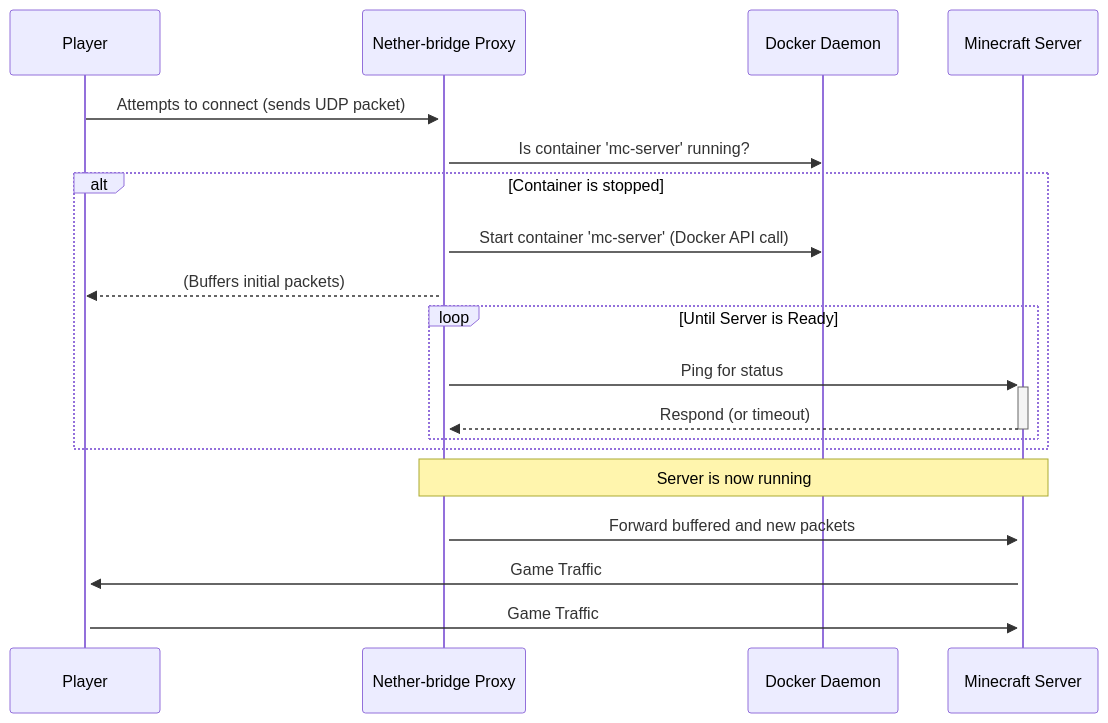
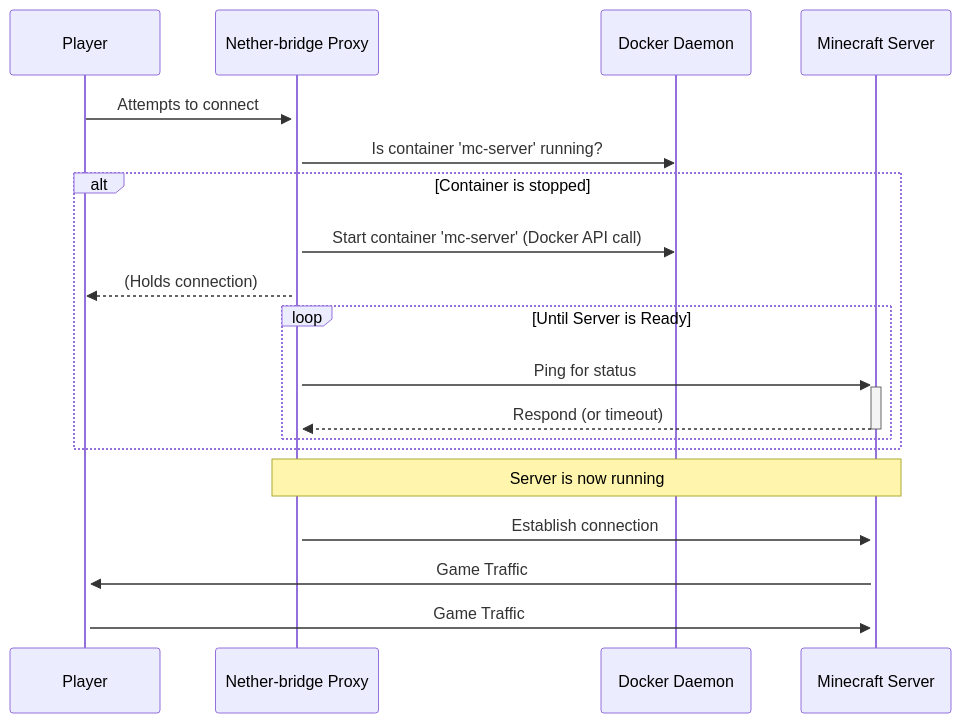
Before and after one commit to meek2100/mcbd-proxy: the diagram in README.md, drawn with Mermaid. The commit also changed other lines of this file and 1 other file, not shown here.

````diff
--- a/README.md
+++ b/README.md
@@ -32,22 +33,22 @@
 ```mermaid
 sequenceDiagram
     participant Player
     participant Nether-bridge Proxy
     participant Docker Daemon
     participant Minecraft Server
 
-    Player->>+Nether-bridge Proxy: Attempts to connect (sends UDP packet)
+    Player->>+Nether-bridge Proxy: Attempts to connect
     Nether-bridge Proxy->>Docker Daemon: Is container 'mc-server' running?
     alt Container is stopped
         Nether-bridge Proxy->>Docker Daemon: Start container 'mc-server' (Docker API call)
-        Nether-bridge Proxy-->>Player: (Buffers initial packets)
+        Nether-bridge Proxy-->>Player: (Holds connection)
         loop Until Server is Ready
             Nether-bridge Proxy->>+Minecraft Server: Ping for status
             Minecraft Server-->>-Nether-bridge Proxy: Respond (or timeout)
         end
     end
     Note over Nether-bridge Proxy, Minecraft Server: Server is now running
-    Nether-bridge Proxy->>+Minecraft Server: Forward buffered and new packets
+    Nether-bridge Proxy->>+Minecraft Server: Establish connection
     Minecraft Server->>+Player: Game Traffic
     Player->>+Minecraft Server: Game Traffic
 ```
````
